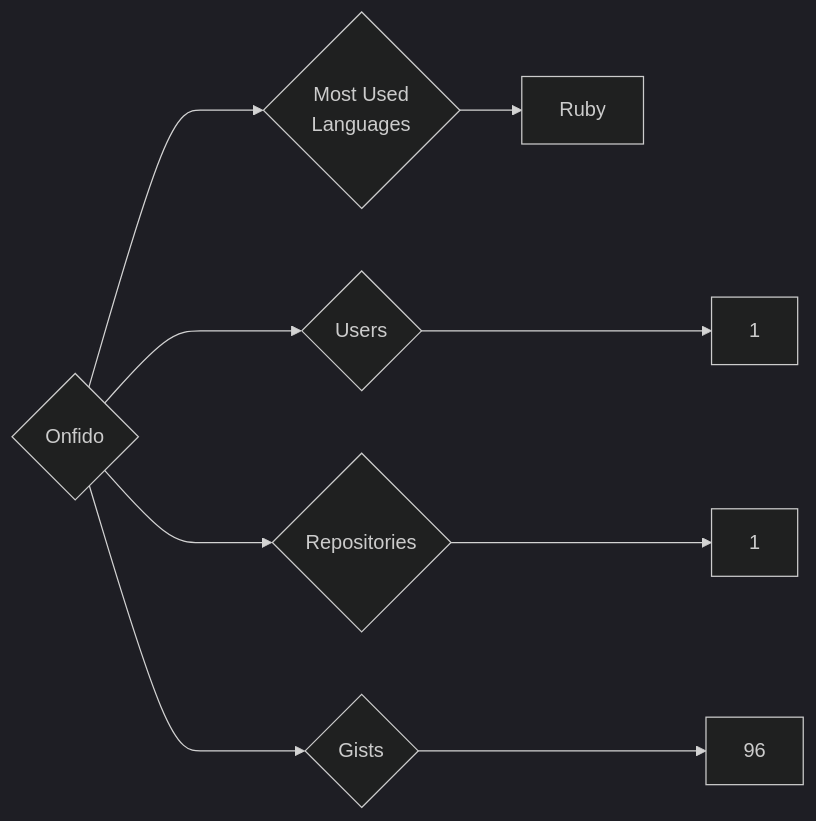
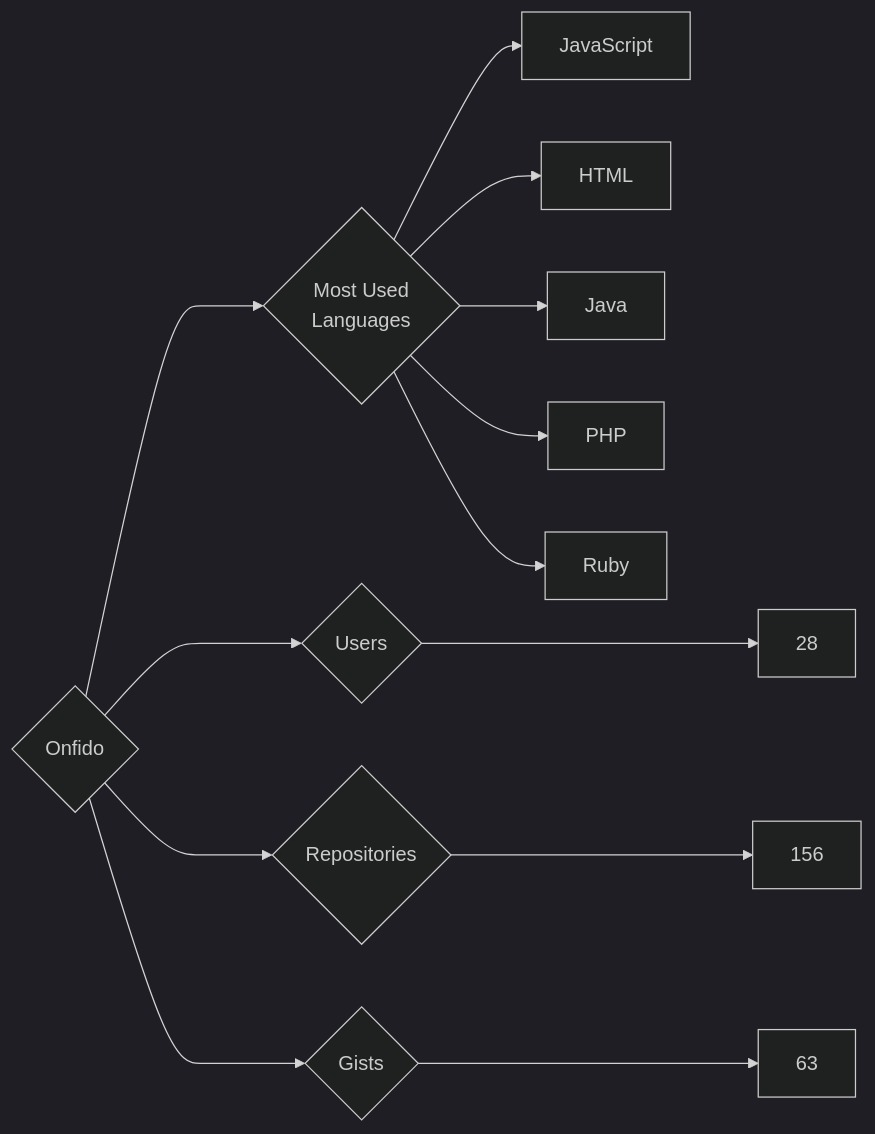
The diagram in targets/Onfido/README.md (trickest/insiders), drawn with Mermaid (dark theme) before and after one commit. The commit also changed 928 other files, not shown here.

````diff
--- a/targets/Onfido/README.md
+++ b/targets/Onfido/README.md
@@ -3,9 +3,13 @@
 ```mermaid
 graph LR
 COMPANY_NAME{Onfido}
-COMPANY_NAME ---> U{Users} ---> UN[1]
-COMPANY_NAME ---> R{Repositories} ---> RN[1]
-COMPANY_NAME ---> G{Gists} ---> GN[96]
+COMPANY_NAME ---> U{Users} ---> UN[28]
+COMPANY_NAME ---> R{Repositories} ---> RN[156]
+COMPANY_NAME ---> G{Gists} ---> GN[63]
 COMPANY_NAME ---> ML{Most Used<br>Languages}
+ML --> JavaScript[JavaScript]
+ML --> HTML[HTML]
+ML --> Java[Java]
+ML --> PHP[PHP]
 ML --> Ruby[Ruby]
 ```
````
